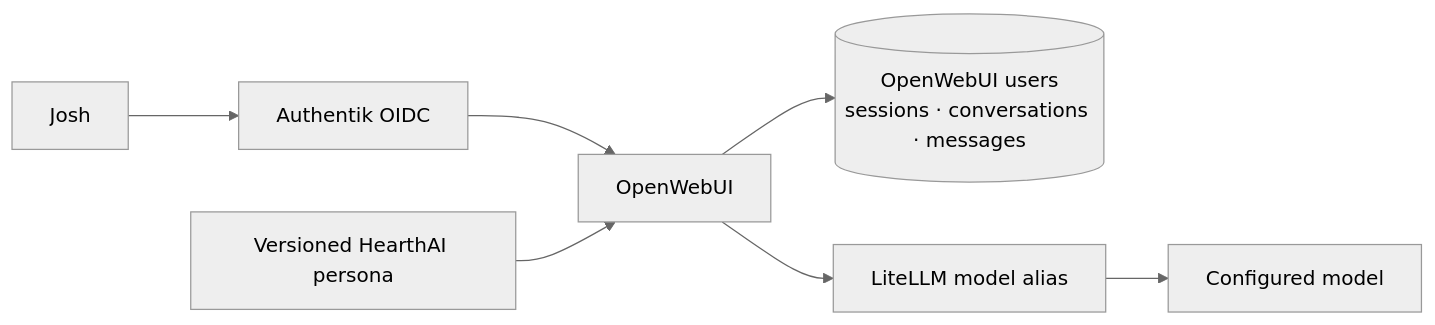
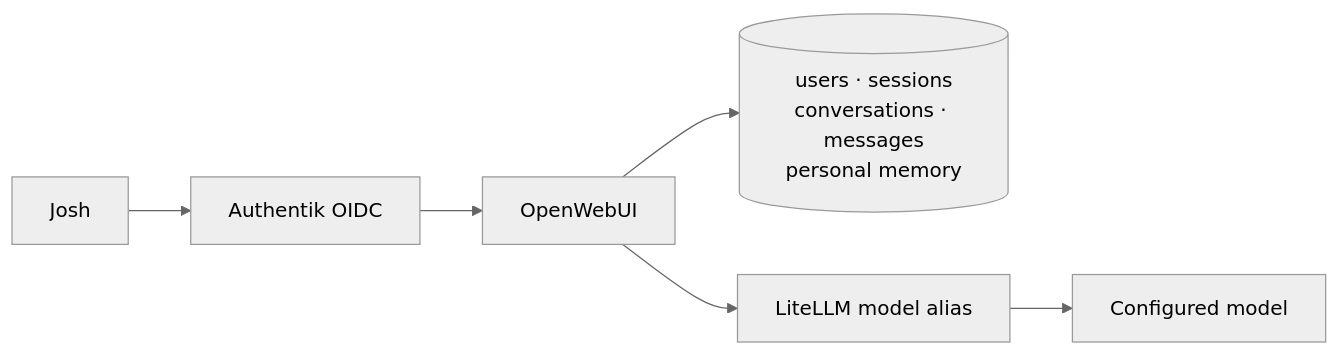
The third of 6 diagrams in docs/ARCHITECTURE.md (jokajak/hearthai), drawn with Mermaid (neutral theme) before and after one commit. The commit also changed other lines of this file and 5 other files, not shown here.

Commit message:
Refine HearthAI capability roadmap

````diff
--- a/docs/ARCHITECTURE.md
+++ b/docs/ARCHITECTURE.md
@@ -189,9 +151,8 @@
 ```mermaid
 flowchart LR
     USER["Josh"] --> OIDC["Authentik OIDC"]
     OIDC --> OW["OpenWebUI"]
-    OW --> DB[("OpenWebUI users<br/>sessions · conversations · messages")]
+    OW --> DB[("users · sessions<br/>conversations · messages<br/>personal memory")]
     OW --> LITE["LiteLLM model alias"]
     LITE --> MODEL["Configured model"]
-    PROMPT["Versioned HearthAI persona"] --> OW
 ```
````
